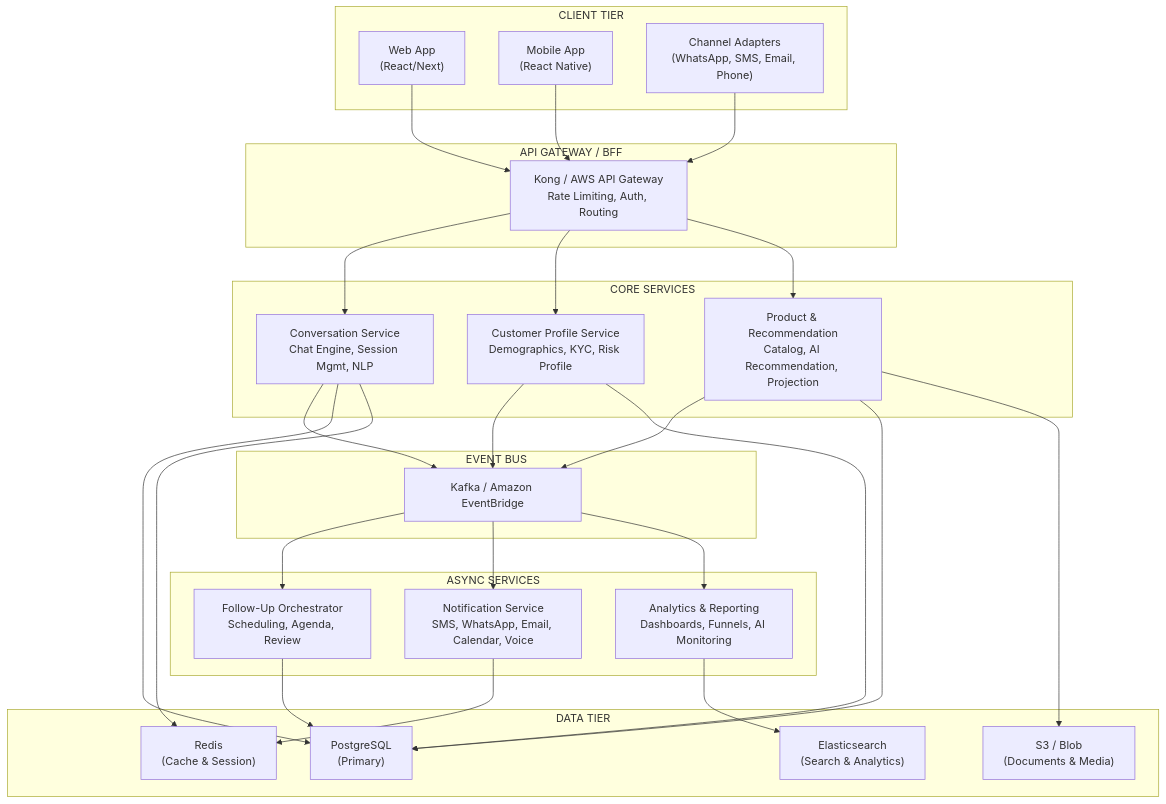
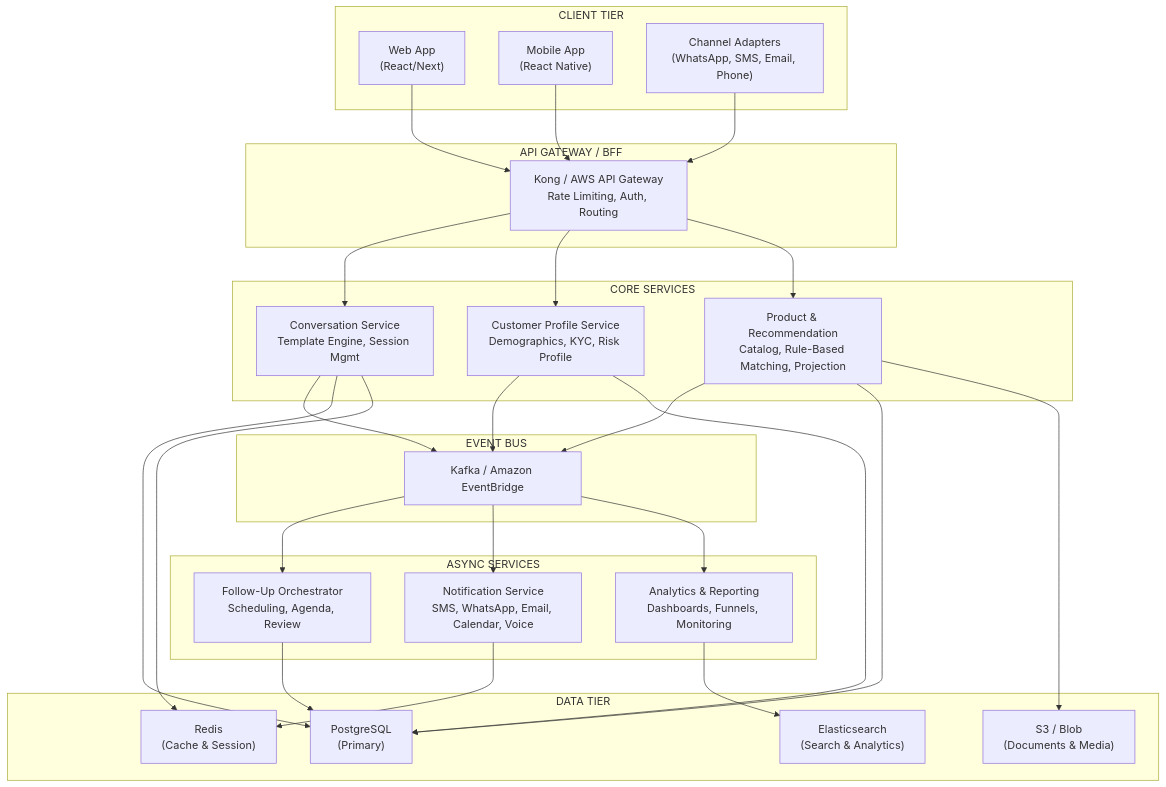
The first of 4 diagrams in docs/design/01-architecture-document.md (Cognition-Partner-Workshops/uc-framework-upgrade-monolith-to-microservices), drawn with Mermaid before and after one commit. The commit also changed other lines of this file and 4 other files, not shown here.

````diff
--- a/docs/design/01-architecture-document.md
+++ b/docs/design/01-architecture-document.md
@@ -72,56 +72,56 @@
 ```mermaid
 graph TB
     subgraph CLIENT["CLIENT TIER"]
         WEB["Web App<br/>(React/Next)"]
         MOB["Mobile App<br/>(React Native)"]
         CHAN["Channel Adapters<br/>(WhatsApp, SMS, Email, Phone)"]
     end
 
     subgraph APIGW["API GATEWAY / BFF"]
         KONG["Kong / AWS API Gateway<br/>Rate Limiting, Auth, Routing"]
     end
 
     subgraph CORE["CORE SERVICES"]
-        CONV["Conversation Service<br/>Chat Engine, Session Mgmt, NLP"]
+        CONV["Conversation Service<br/>Template Engine, Session Mgmt"]
         PROF["Customer Profile Service<br/>Demographics, KYC, Risk Profile"]
-        PROD["Product & Recommendation<br/>Catalog, AI Recommendation, Projection"]
+        PROD["Product & Recommendation<br/>Catalog, Rule-Based Matching, Projection"]
     end
 
     subgraph EVENTBUS["EVENT BUS"]
         KAFKA["Kafka / Amazon EventBridge"]
     end
 
     subgraph ASYNC["ASYNC SERVICES"]
         FU["Follow-Up Orchestrator<br/>Scheduling, Agenda, Review"]
         NOTIF["Notification Service<br/>SMS, WhatsApp, Email, Calendar, Voice"]
-        ANALYTICS["Analytics & Reporting<br/>Dashboards, Funnels, AI Monitoring"]
+        ANALYTICS["Analytics & Reporting<br/>Dashboards, Funnels, Monitoring"]
     end
 
     subgraph DATA["DATA TIER"]
         PG["PostgreSQL<br/>(Primary)"]
         REDIS["Redis<br/>(Cache & Session)"]
         S3["S3 / Blob<br/>(Documents & Media)"]
         ES["Elasticsearch<br/>(Search & Analytics)"]
     end
 
     WEB --> KONG
     MOB --> KONG
     CHAN --> KONG
     KONG --> CONV
     KONG --> PROF
     KONG --> PROD
     CONV --> KAFKA
     PROF --> KAFKA
     PROD --> KAFKA
     KAFKA --> FU
     KAFKA --> NOTIF
     KAFKA --> ANALYTICS
     FU --> PG
     NOTIF --> REDIS
     ANALYTICS --> ES
     CONV --> PG
     CONV --> REDIS
     PROF --> PG
     PROD --> PG
     PROD --> S3
 ```
````
